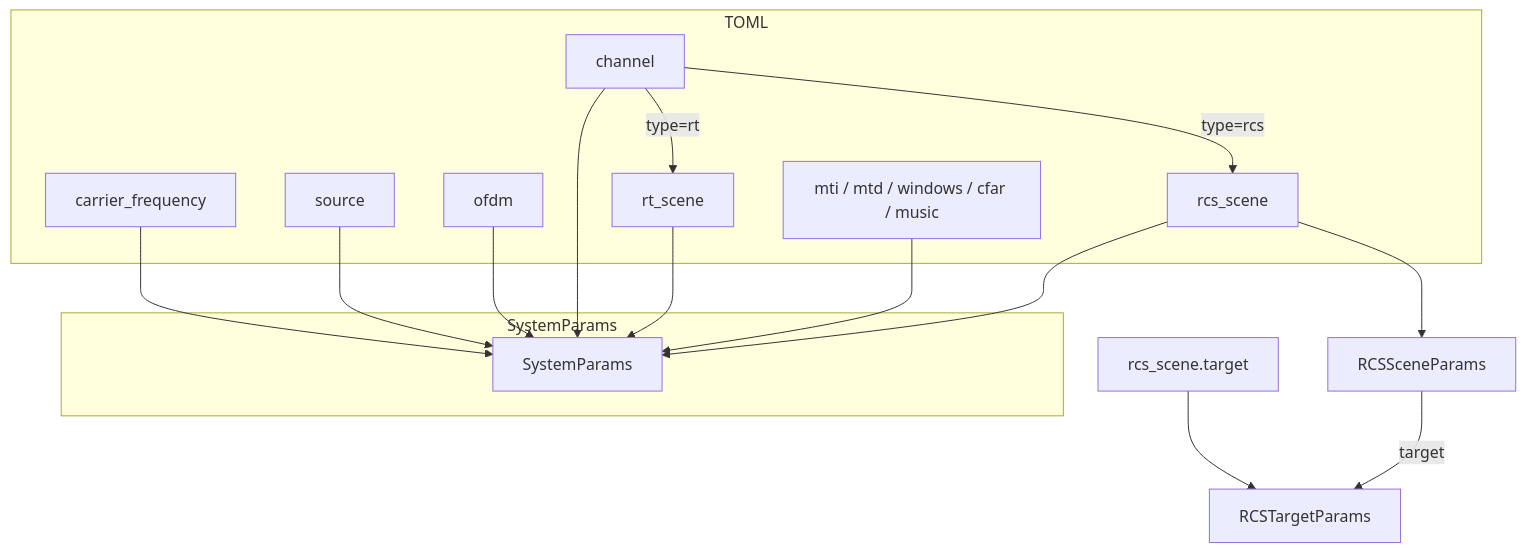
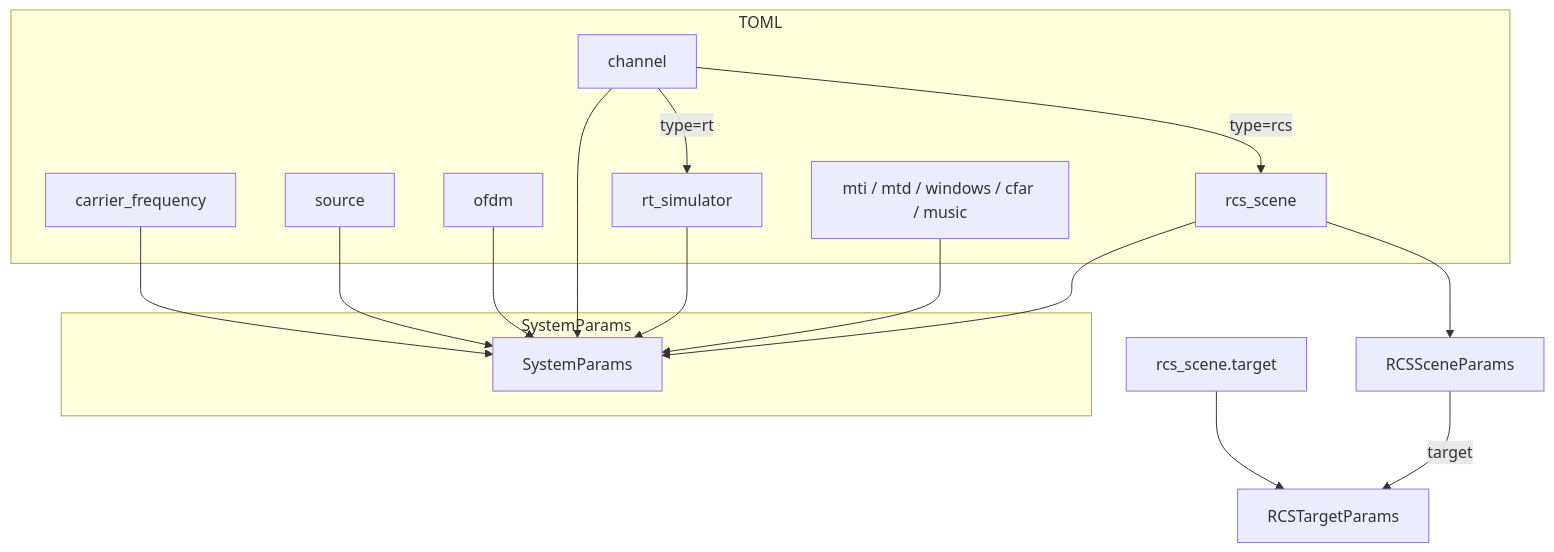
The diagram in docs/system-params-structure.md (GitLinhp/isac), drawn with Mermaid before and after one commit. The commit also changed other lines of this file and 35 other files, not shown here.

````diff
--- a/docs/system-params-structure.md
+++ b/docs/system-params-structure.md
@@ -229,30 +229,30 @@
 ```mermaid
 flowchart TB
     subgraph toml [TOML]
         carrier[carrier_frequency]
         source[source]
         ofdm[ofdm]
         channel[channel]
-        rt_scene[rt_scene]
+        rt_simulator[rt_simulator]
         rcs_scene[rcs_scene]
         sensing[mti / mtd / windows / cfar / music]
     end
 
     subgraph SystemParams
         SP[SystemParams]
     end
 
     carrier --> SP
     source --> SP
     ofdm --> SP
     channel --> SP
-    rt_scene --> SP
+    rt_simulator --> SP
     rcs_scene --> SP
     sensing --> SP
 
-    channel -->|type=rt| rt_scene
+    channel -->|type=rt| rt_simulator
     channel -->|type=rcs| rcs_scene
     rcs_scene --> RCSSceneParams
     rcs_target["rcs_scene.target"] --> RCSTargetParams
     RCSSceneParams -->|target| RCSTargetParams
 ```
````
